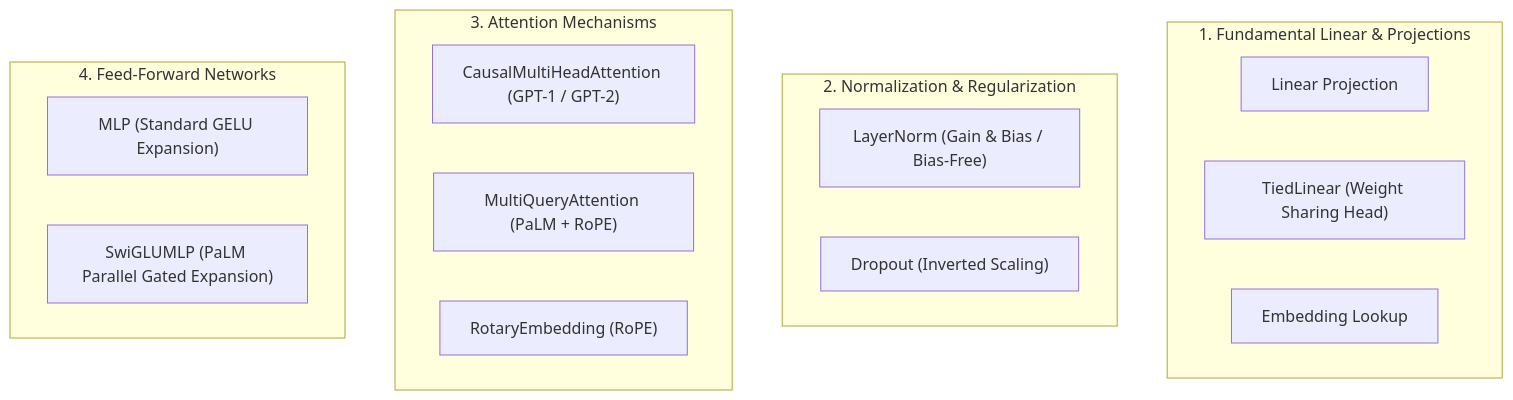
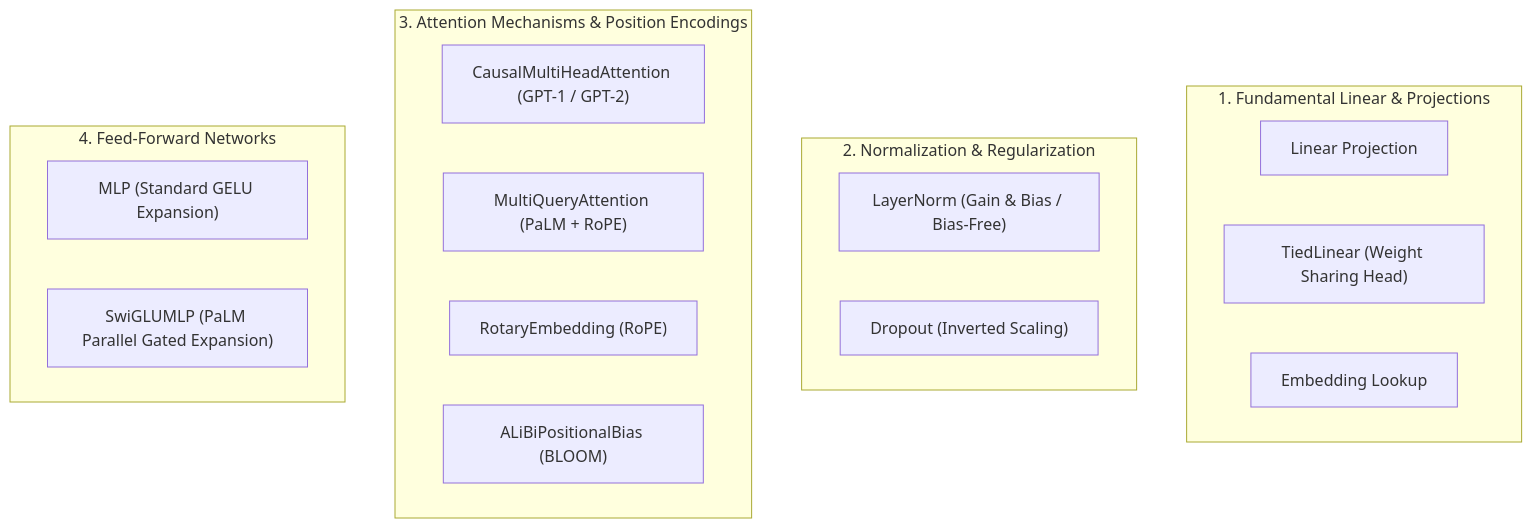
The diagram in docs/layers/README.md (Ritvik19/NNFS), drawn with Mermaid before and after one commit. The commit also changed other lines of this file and 24 other files, not shown here.

Commit message:
feat: modularize Transformer architecture with ALiBi, RoPE support, and configurable activation/positional embedding primitives.

````diff
--- a/docs/layers/README.md
+++ b/docs/layers/README.md
@@ -15,24 +15,25 @@
 ```mermaid
 flowchart TD
     subgraph Fundamental ["1. Fundamental Linear & Projections"]
         Linear["Linear Projection"]
         TiedLinear["TiedLinear (Weight Sharing Head)"]
         Embedding["Embedding Lookup"]
     end
 
     subgraph Normalization ["2. Normalization & Regularization"]
         LayerNorm["LayerNorm (Gain & Bias / Bias-Free)"]
         Dropout["Dropout (Inverted Scaling)"]
     end
 
-    subgraph Attention ["3. Attention Mechanisms"]
+    subgraph Attention ["3. Attention Mechanisms & Position Encodings"]
         CMHA["CausalMultiHeadAttention (GPT-1 / GPT-2)"]
         MQA["MultiQueryAttention (PaLM + RoPE)"]
         RoPE["RotaryEmbedding (RoPE)"]
+        ALiBi["ALiBiPositionalBias (BLOOM)"]
     end
 
     subgraph FeedForward ["4. Feed-Forward Networks"]
         MLP["MLP (Standard GELU Expansion)"]
         SwiGLUMLP["SwiGLUMLP (PaLM Parallel Gated Expansion)"]
     end
 ```
````
